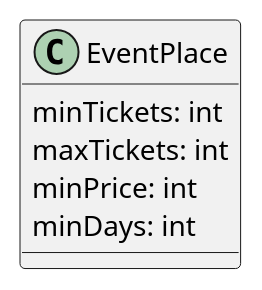
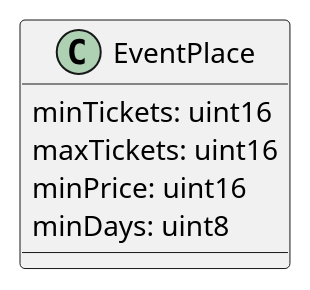
One commit to ai-shift/cyber-valley-tickets changed the first of 26 diagrams in README.org. Above: the diagram before and after it, drawn with PlantUML. The commit also changed other lines of this file, not shown here.

```diff
--- a/README.org
+++ b/README.org
@@ -87,8 +95,8 @@
 #+begin_src plantuml :file ./img/event-place.png
 class EventPlace {
-  minTickets: int
-  maxTickets: int
-  minPrice: int
-  minDays: int
+  minTickets: uint16
+  maxTickets: uint16
+  minPrice: uint16
+  minDays: uint8
 }
 #+end_src
```
